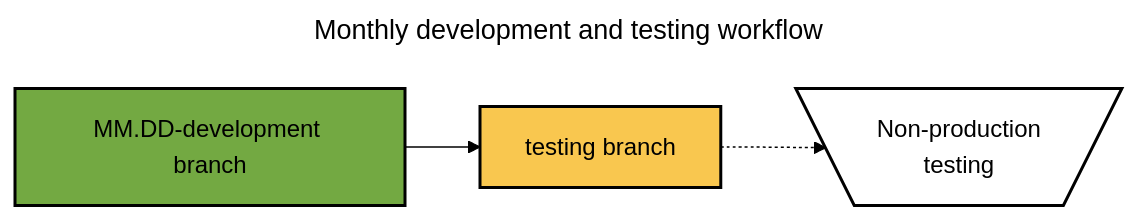
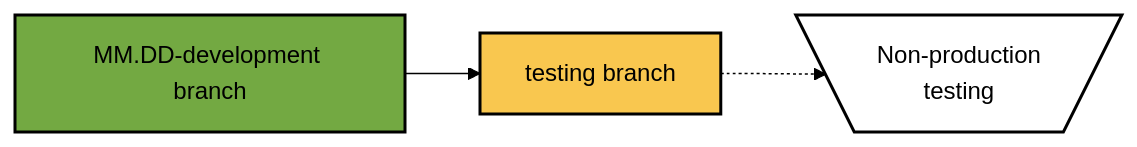
Before and after one commit to spectrum-health-systems/Abatab: the third of 3 diagrams in README_development.md, drawn with Mermaid (forest theme). The commit also changed other lines of this file, not shown here.

````diff
--- a/README_development.md
+++ b/README_development.md
@@ -138,15 +124,12 @@
 ```mermaid
----
-title: Monthly development and testing workflow
----
 flowchart LR
   MonthlyBranch[MM.DD-development branch] --> TestingBranch[testing branch] -.-> NonProductionTesting[\Non-production\ntesting/]
 
   classDef Green73A942BlackBlack fill:#73A942, color:#000000, stroke:#000000,stroke-width:2px
   classDef MaizeBlackBlack fill:#F9C74F, color:#000000, stroke:#000000,stroke-width:2px
   classDef WhiteBlackBlack fill:#FFFFFF, color:#000000, stroke:#000000,stroke-width:2px
   
   class MonthlyBranch Green73A942BlackBlack
   class TestingBranch MaizeBlackBlack
   class NonProductionTesting WhiteBlackBlack
 ```
````
